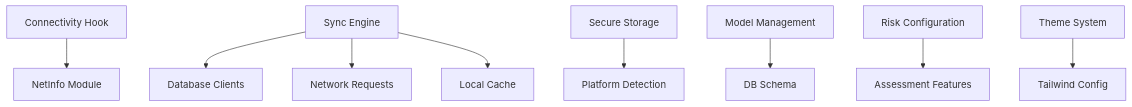
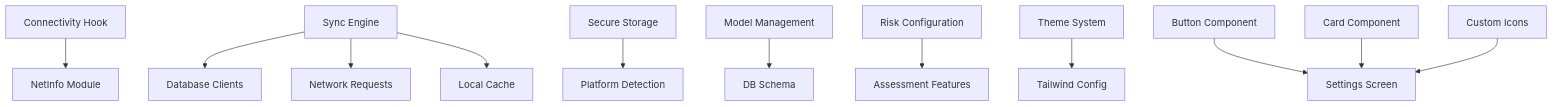
Before and after one commit to AdeelTahir-SE/DermSight: the tenth of 10 diagrams in .qoder/repowiki/en/content/Settings and Configuration.md, drawn with Mermaid. The commit also changed other lines of this file and 23 other files, not shown here.

````diff
--- a/.qoder/repowiki/en/content/Settings and Configuration.md
+++ b/.qoder/repowiki/en/content/Settings and Configuration.md
@@ -418,11 +475,14 @@
 ```mermaid
 graph TB
 CONN["Connectivity Hook"] --> NETINFO["NetInfo Module"]
 SYNC["Sync Engine"] --> DB_CLIENT["Database Clients"]
 SYNC --> NETWORK["Network Requests"]
 SYNC --> CACHE["Local Cache"]
 SECURE["Secure Storage"] --> PLATFORM["Platform Detection"]
 MODEL["Model Management"] --> SCHEMA["DB Schema"]
 RISK["Risk Configuration"] --> ASSESSMENT["Assessment Features"]
 THEME["Theme System"] --> TAILWIND["Tailwind Config"]
+UI_BUTTON["Button Component"] --> SETTINGS["Settings Screen"]
+UI_CARD["Card Component"] --> SETTINGS
+UI_ICONS["Custom Icons"] --> SETTINGS
 ```
````
